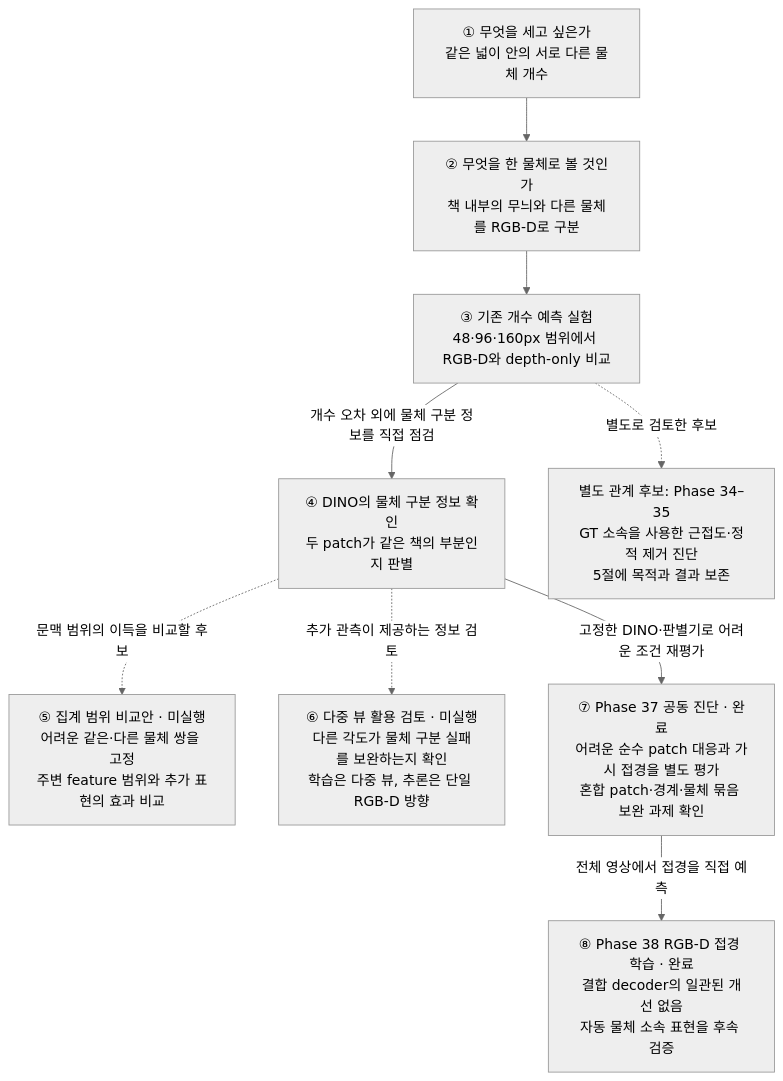
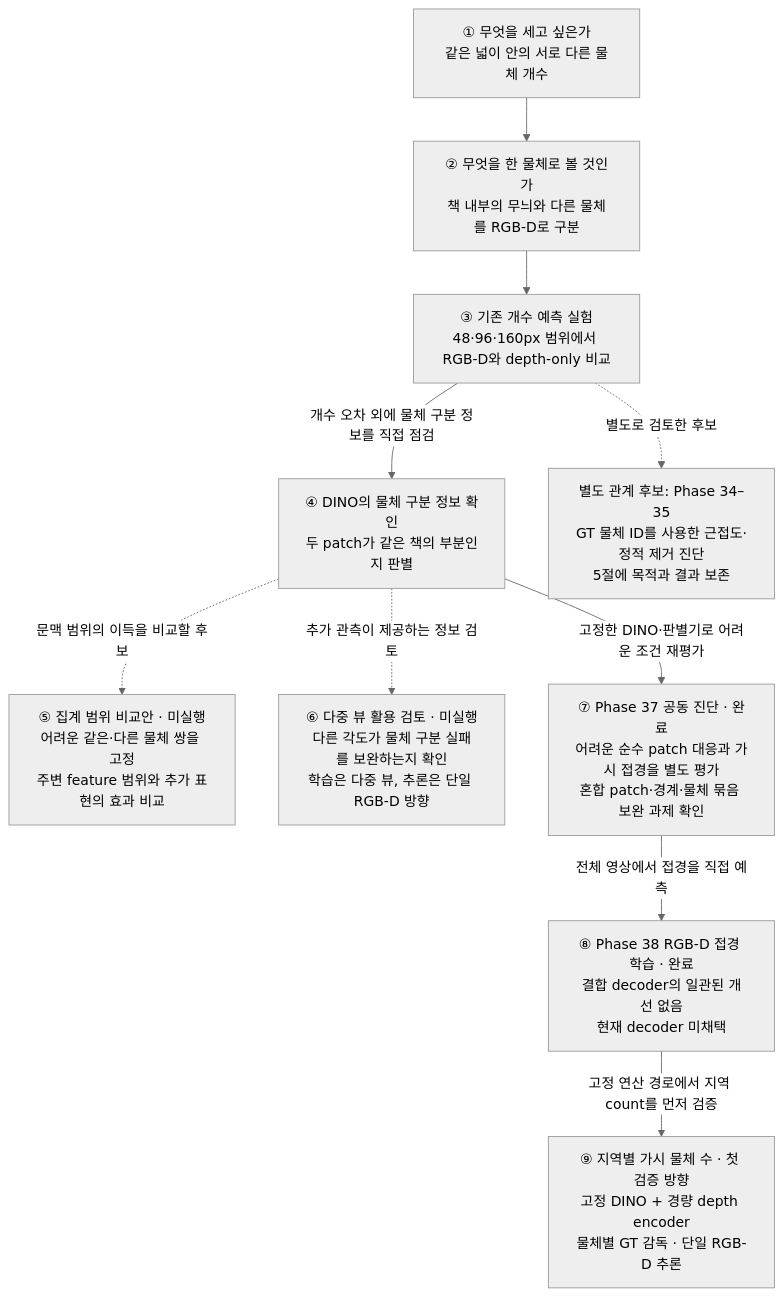
One commit to JeonHaneul/2D-PDM_DINOv3 changed the first of 4 diagrams in complexity_stream.md. Above: the diagram before and after it, drawn with Mermaid (neutral theme). The commit also changed other lines of this file and 3 other files, not shown here.

````diff
--- a/complexity_stream.md
+++ b/complexity_stream.md
@@ -23,19 +23,21 @@
 ```mermaid
 flowchart TD
     N1["① 무엇을 세고 싶은가<br/>같은 넓이 안의 서로 다른 물체 개수"]
     N2["② 무엇을 한 물체로 볼 것인가<br/>책 내부의 무늬와 다른 물체를 RGB-D로 구분"]
     N3["③ 기존 개수 예측 실험<br/>48·96·160px 범위에서 RGB-D와 depth-only 비교"]
     N4["④ DINO의 물체 구분 정보 확인<br/>두 patch가 같은 책의 부분인지 판별"]
     N5["⑤ 집계 범위 비교안 · 미실행<br/>어려운 같은·다른 물체 쌍을 고정<br/>주변 feature 범위와 추가 표현의 효과 비교"]
     N6["⑥ 다중 뷰 활용 검토 · 미실행<br/>다른 각도가 물체 구분 실패를 보완하는지 확인<br/>학습은 다중 뷰, 추론은 단일 RGB-D 방향"]
     N7["⑦ Phase 37 공동 진단 · 완료<br/>어려운 순수 patch 대응과 가시 접경을 별도 평가<br/>혼합 patch·경계·물체 묶음 보완 과제 확인"]
-    N8["⑧ Phase 38 RGB-D 접경 학습 · 완료<br/>결합 decoder의 일관된 개선 없음<br/>자동 물체 소속 표현을 후속 검증"]
-    H["별도 관계 후보: Phase 34–35<br/>GT 소속을 사용한 근접도·정적 제거 진단<br/>5절에 목적과 결과 보존"]
+    N8["⑧ Phase 38 RGB-D 접경 학습 · 완료<br/>결합 decoder의 일관된 개선 없음<br/>현재 decoder 미채택"]
+    N9["⑨ 지역별 가시 물체 수 · 첫 검증 방향<br/>고정 DINO + 경량 depth encoder<br/>물체별 GT 감독 · 단일 RGB-D 추론"]
+    H["별도 관계 후보: Phase 34–35<br/>GT 물체 ID를 사용한 근접도·정적 제거 진단<br/>5절에 목적과 결과 보존"]
     N1 --> N2 --> N3
     N3 -->|"개수 오차 외에 물체 구분 정보를 직접 점검"| N4
     N4 -->|"고정한 DINO·판별기로 어려운 조건 재평가"| N7
     N7 -->|"전체 영상에서 접경을 직접 예측"| N8
+    N8 -->|"고정 연산 경로에서 지역 count를 먼저 검증"| N9
     N4 -. "문맥 범위의 이득을 비교할 후보" .-> N5
     N4 -. "추가 관측이 제공하는 정보 검토" .-> N6
     N3 -. "별도로 검토한 후보" .-> H
 ```
````
